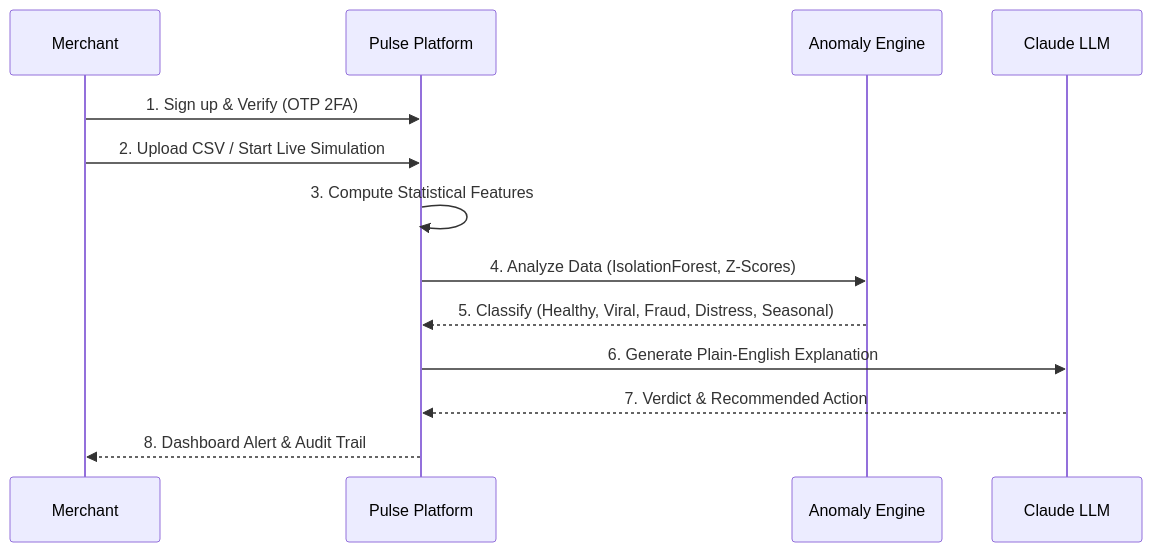
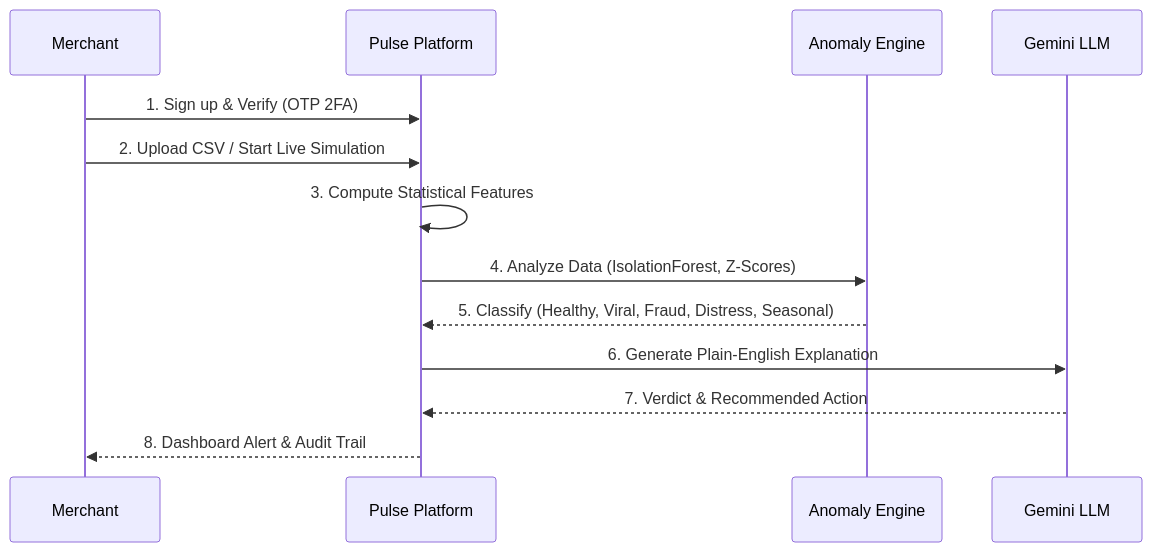
The second of 2 diagrams in README.md (Krishna0659/PULSE-), drawn with Mermaid before and after one commit.

Commit message:
Update AI participant from Claude LLM to Gemini LLM

````diff
--- a/README.md
+++ b/README.md
@@ -54,16 +54,16 @@
 ```mermaid
 sequenceDiagram
     participant M as Merchant
     participant P as Pulse Platform
     participant ML as Anomaly Engine
-    participant AI as Claude LLM
+    participant AI as Gemini LLM
     
     M->>P: 1. Sign up & Verify (OTP 2FA)
     M->>P: 2. Upload CSV / Start Live Simulation
     P->>P: 3. Compute Statistical Features
     P->>ML: 4. Analyze Data (IsolationForest, Z-Scores)
     ML-->>P: 5. Classify (Healthy, Viral, Fraud, Distress, Seasonal)
     P->>AI: 6. Generate Plain-English Explanation
     AI-->>P: 7. Verdict & Recommended Action
     P-->>M: 8. Dashboard Alert & Audit Trail
 ```
````
